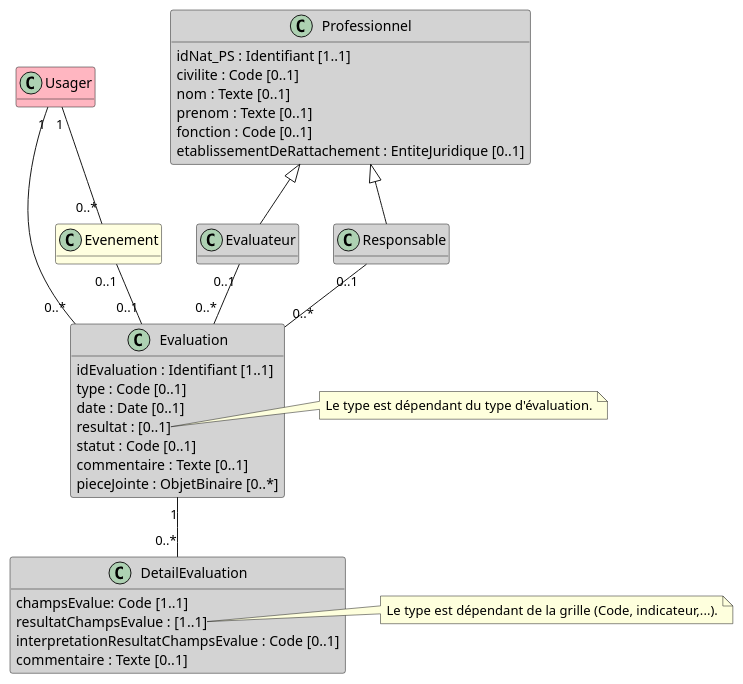
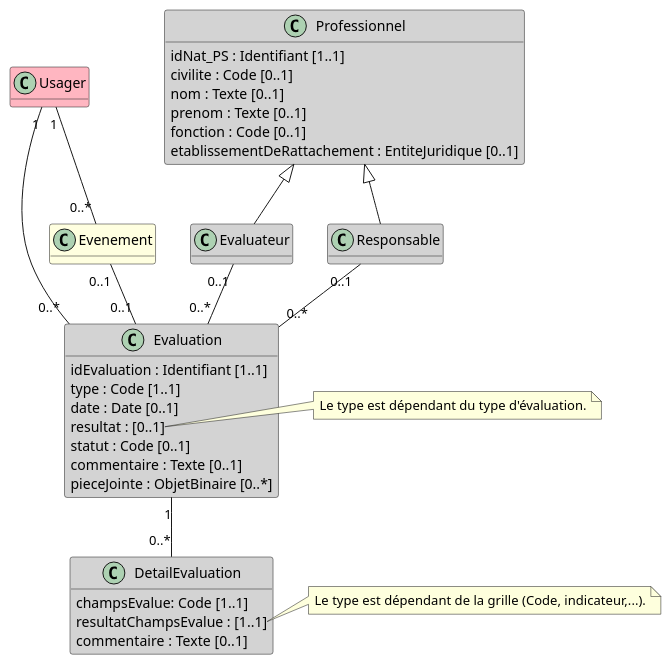
One commit to ansforge/IG-fhir-transfert-donnees-dui-esms changed the diagram in input/images-source/bloc_evaluation-grille.plantuml. Above: the diagram before and after it, drawn with PlantUML. The commit also changed 1 other file, not shown here.

```diff
--- a/input/images-source/bloc_evaluation-grille.plantuml
+++ b/input/images-source/bloc_evaluation-grille.plantuml
@@ -1,56 +1,55 @@
 @startuml
 
 hide empty methods
 
 class Usager #LightPink
 
 class Evenement #LightYellow
 
 class Evaluateur #LightGray
 
 class Responsable #LightGray
 
 class Professionnel #LightGray {
     idNat_PS : Identifiant [1..1]
     civilite : Code [0..1]
     nom : Texte [0..1]
     prenom : Texte [0..1]
     fonction : Code [0..1]
     etablissementDeRattachement : EntiteJuridique [0..1]
 }
 
 class Evaluation #LightGray {
     idEvaluation : Identifiant [1..1]
-    type : Code [0..1]
+    type : Code [1..1]
     date : Date [0..1]
     resultat : [0..1]
     statut : Code [0..1]
     commentaire : Texte [0..1]
     pieceJointe : ObjetBinaire [0..*]
 }
 
 note right of Evaluation::resultat
   Le type est dépendant du type d'évaluation.
 end note
 
 class DetailEvaluation #LightGray {
     champsEvalue: Code [1..1]
     resultatChampsEvalue : [1..1]
-    interpretationResultatChampsEvalue : Code [0..1]
     commentaire : Texte [0..1]
 }
 
 note right of DetailEvaluation::resultatChampsEvalue
   Le type est dépendant de la grille (Code, indicateur,...).
 end note
 
 Professionnel <|-- Evaluateur
 Professionnel <|-- Responsable
 Usager "1" -- "0..*" Evenement
 Evenement "0..1" -- "0..1" Evaluation
 Evaluateur "0..1" -- "0..*" Evaluation
 Responsable "0..1" -- "0..*" Evaluation
 Usager "1" - "0..*" Evaluation
 Evaluation "1" -- "0..*" DetailEvaluation
 
 @enduml
```
